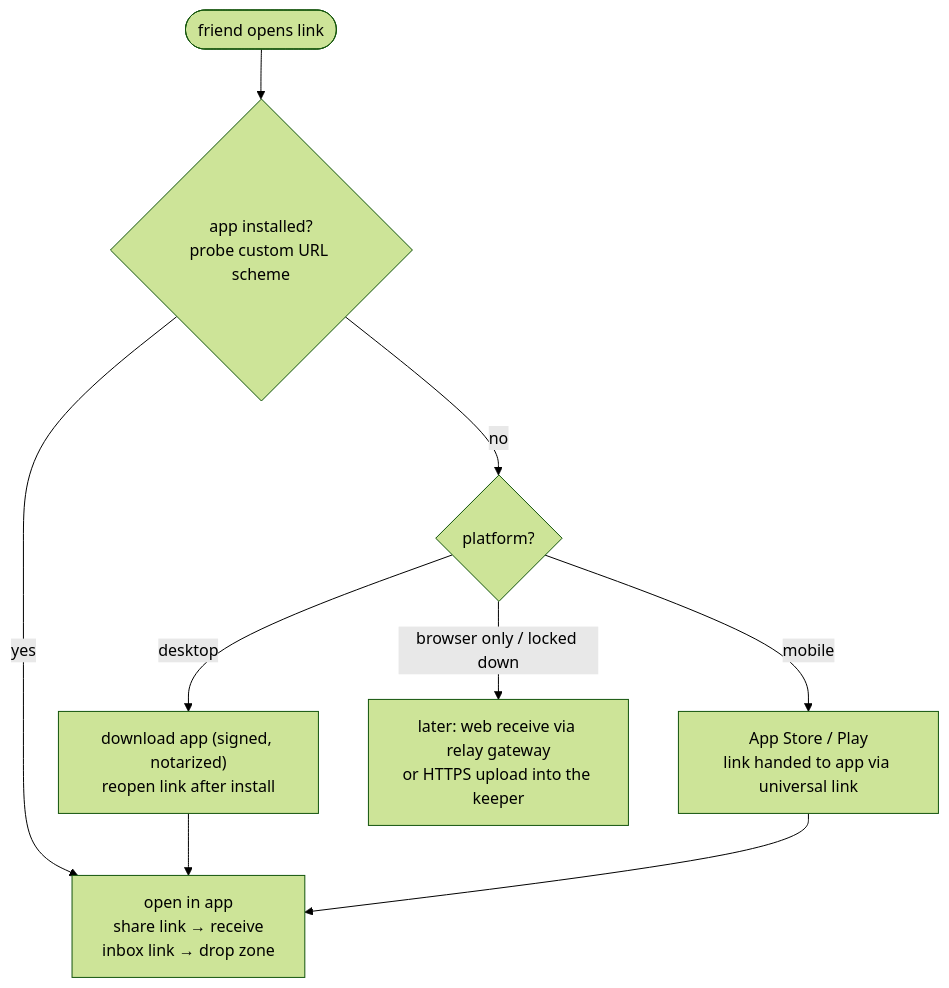
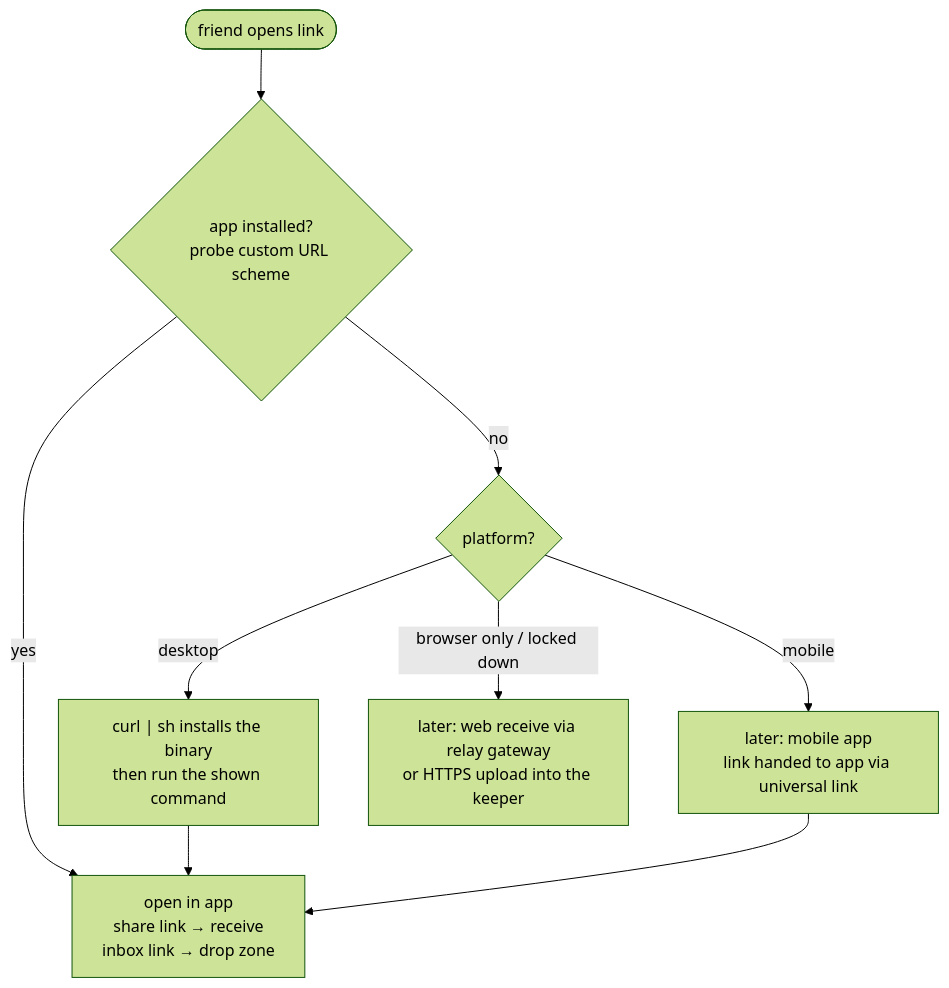
Before and after one commit to alDuncanson/hither: the sixth of 7 diagrams in docs/architecture.md, drawn with Mermaid (forest theme). The commit also changed other lines of this file and 2 other files, not shown here.

Commit message:
docs: install instructions, distribution decision, deferred relay

````diff
--- a/docs/architecture.md
+++ b/docs/architecture.md
@@ -263,11 +263,11 @@
 ```mermaid
 flowchart TD
     open([friend opens link]) --> has{app installed?<br/>probe custom URL scheme}
     has -- yes --> app["open in app<br/>share link → receive<br/>inbox link → drop zone"]
     has -- no --> plat{platform?}
-    plat -- desktop --> dl["download app (signed, notarized)<br/>reopen link after install"]
-    plat -- mobile --> storeb["App Store / Play<br/>link handed to app via universal link"]
+    plat -- desktop --> dl["curl | sh installs the binary<br/>then run the shown command"]
+    plat -- mobile --> storeb["later: mobile app<br/>link handed to app via universal link"]
     plat -- "browser only / locked down" --> gw["later: web receive via relay gateway<br/>or HTTPS upload into the keeper"]
     dl --> app
     storeb --> app
 ```
````
